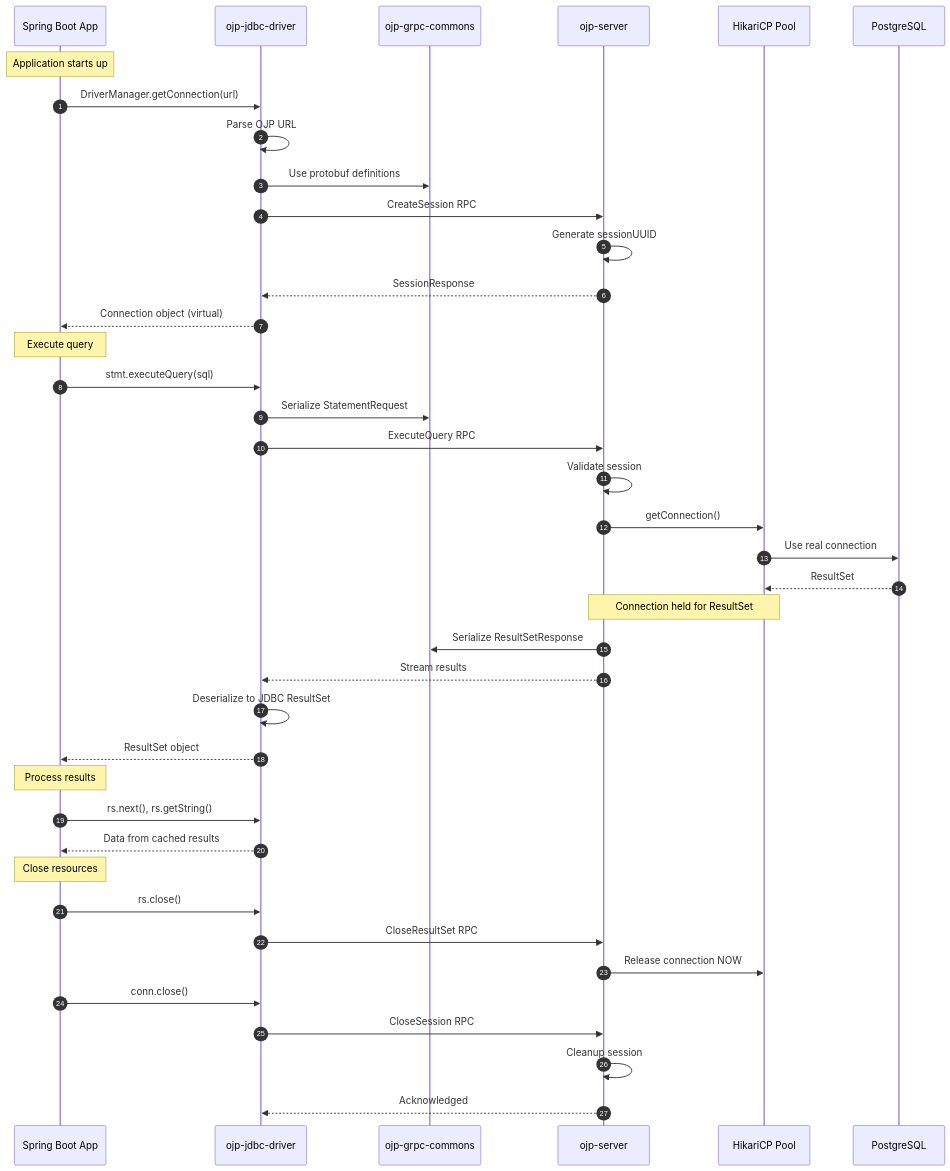
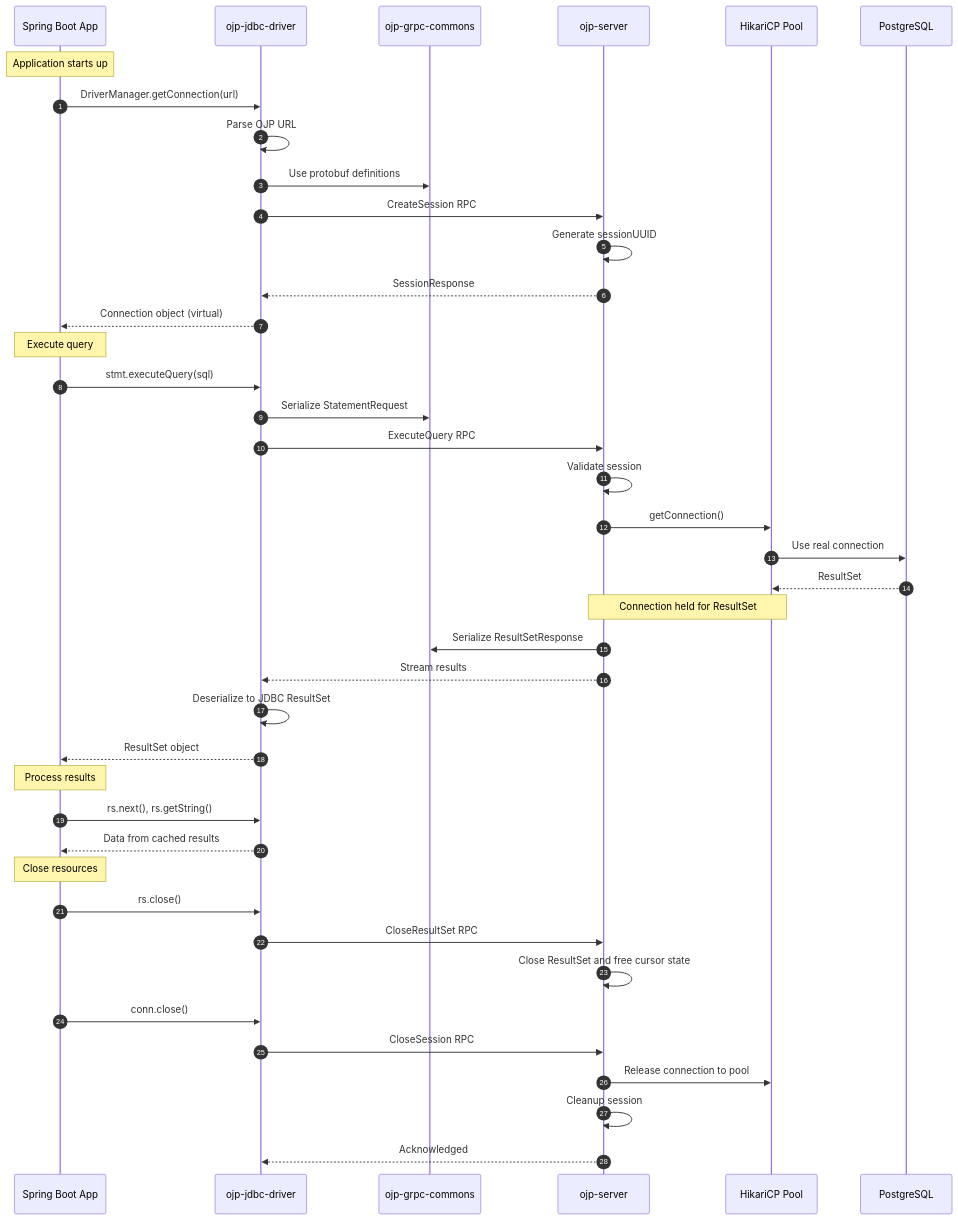
Before and after one commit to Open-JDBC-Proxy/ojp: diagram 12 of 22 in documents/ebook/appendix-f-visual-assets.md, drawn with Mermaid. The commit also changed other lines of this file and 4 other files, not shown here.

````diff
--- a/documents/ebook/appendix-f-visual-assets.md
+++ b/documents/ebook/appendix-f-visual-assets.md
@@ -935,46 +933,47 @@
 ```mermaid
 sequenceDiagram
     autonumber
     participant App as Spring Boot App
     participant Driver as ojp-jdbc-driver
     participant Commons as ojp-grpc-commons
     participant Server as ojp-server
     participant HikariCP as HikariCP Pool
     participant DB as PostgreSQL
 
     Note over App: Application starts up
     App->>Driver: DriverManager.getConnection(url)
     Driver->>Driver: Parse OJP URL
     Driver->>Commons: Use protobuf definitions
     Driver->>Server: CreateSession RPC
     Server->>Server: Generate sessionUUID
     Server-->>Driver: SessionResponse
     Driver-->>App: Connection object (virtual)
     
     Note over App: Execute query
     App->>Driver: stmt.executeQuery(sql)
     Driver->>Commons: Serialize StatementRequest
     Driver->>Server: ExecuteQuery RPC
     Server->>Server: Validate session
     Server->>HikariCP: getConnection()
     HikariCP->>DB: Use real connection
     DB-->>HikariCP: ResultSet
     Note over HikariCP,Server: Connection held for ResultSet
     Server->>Commons: Serialize ResultSetResponse
     Server-->>Driver: Stream results
     Driver->>Driver: Deserialize to JDBC ResultSet
     Driver-->>App: ResultSet object
     
     Note over App: Process results
     App->>Driver: rs.next(), rs.getString()
     Driver-->>App: Data from cached results
     
     Note over App: Close resources
     App->>Driver: rs.close()
     Driver->>Server: CloseResultSet RPC
-    Server->>HikariCP: Release connection NOW
+    Server->>Server: Close ResultSet and free cursor state
     App->>Driver: conn.close()
     Driver->>Server: CloseSession RPC
+    Server->>HikariCP: Release connection to pool
     Server->>Server: Cleanup session
     Server-->>Driver: Acknowledged
 ```
````
